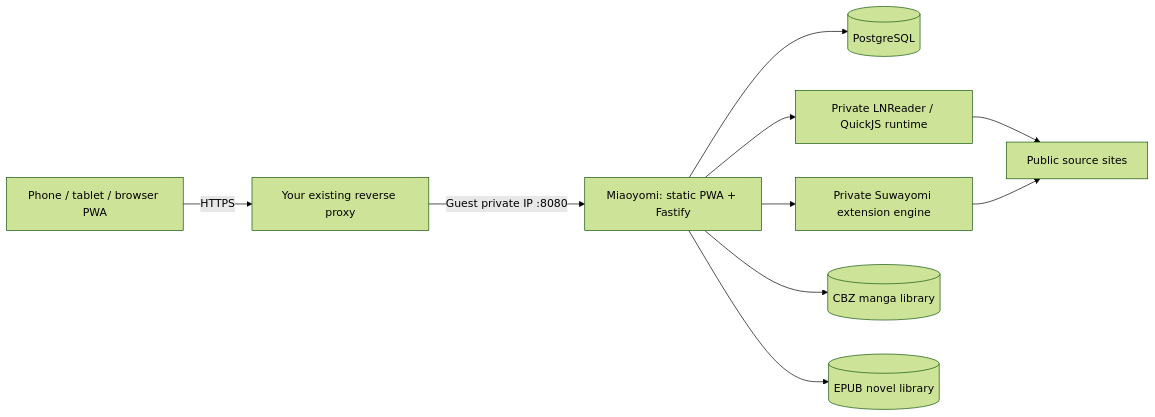
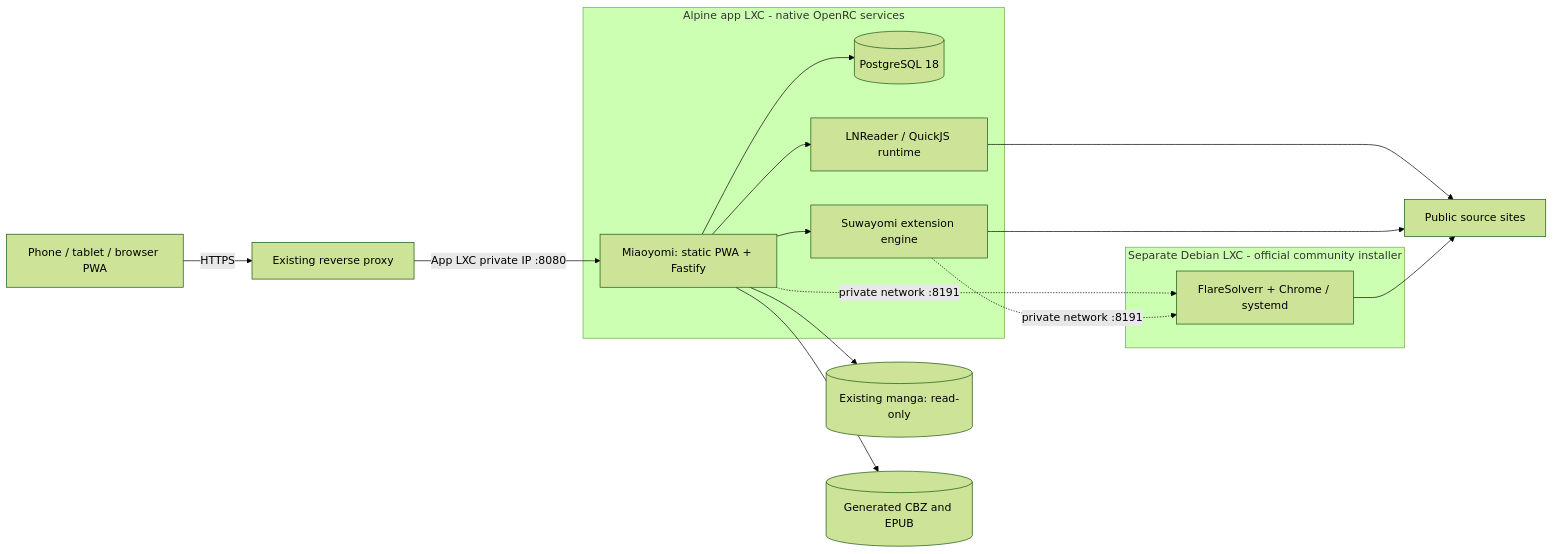
One commit to samitaaissat/Miaoyomi changed the diagram in docs/proxmox-lxc.md. Above: the diagram before and after it, drawn with Mermaid (forest theme). The commit also changed other lines of this file and 27 other files, not shown here.

Commit message:
migrate: replace x86 Compose stack with native LXC Proxmox implementation plan and scripts

````diff
--- a/docs/proxmox-lxc.md
+++ b/docs/proxmox-lxc.md
@@ -5,12 +9,24 @@
 ```mermaid
 flowchart LR
-    Device[Phone / tablet / browser PWA] -->|HTTPS| Proxy[Your existing reverse proxy]
-    Proxy -->|Guest private IP :8080| App[Miaoyomi: static PWA + Fastify]
-    App --> DB[(PostgreSQL)]
-    App --> Novel[Private LNReader / QuickJS runtime]
-    App --> Manga[Private Suwayomi extension engine]
-    App --> CBZ[(CBZ manga library)]
-    App --> EPUB[(EPUB novel library)]
+    Device[Phone / tablet / browser PWA] -->|HTTPS| Proxy[Existing reverse proxy]
+    Proxy -->|App LXC private IP :8080| App
+    subgraph Alpine[Alpine app LXC - native OpenRC services]
+        App[Miaoyomi: static PWA + Fastify]
+        DB[(PostgreSQL 18)]
+        Novel[LNReader / QuickJS runtime]
+        Manga[Suwayomi extension engine]
+    end
+    subgraph Debian[Separate Debian LXC - official community installer]
+        Solver[FlareSolverr + Chrome / systemd]
+    end
+    App --> DB
+    App --> Novel
+    App --> Manga
+    App --> Collection[(Existing manga: read-only)]
+    App --> Books[(Generated CBZ and EPUB)]
     Novel --> Websites[Public source sites]
     Manga --> Websites
+    App -. private network :8191 .-> Solver
+    Manga -. private network :8191 .-> Solver
+    Solver --> Websites
 ```
````
